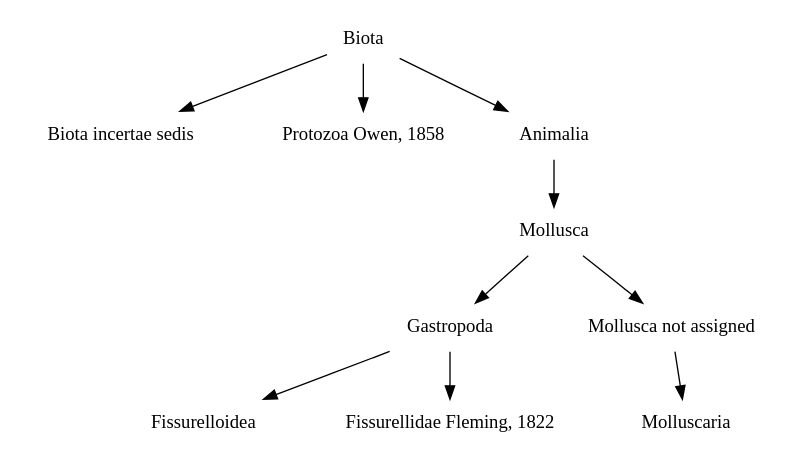
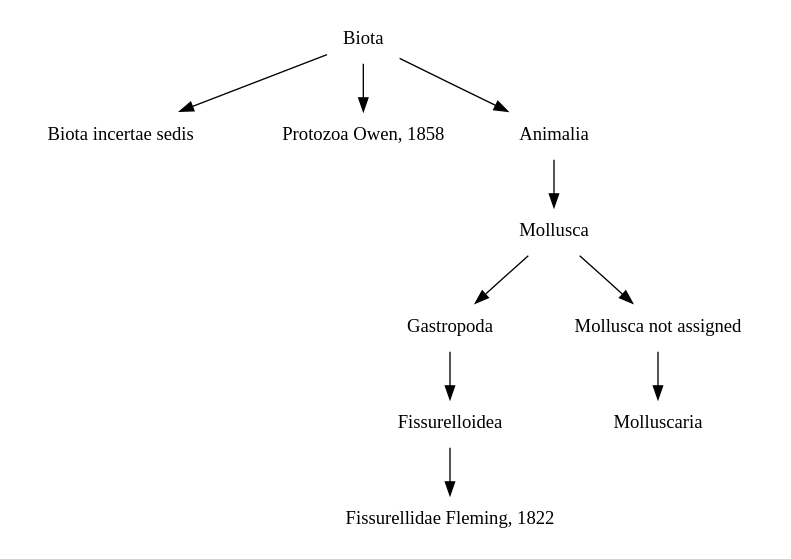
The diagram in colplus-admin/graphs/tree23.dot (CatalogueOfLife/backend), drawn with Graphviz before and after one commit. The commit also changed 46 other files, not shown here.

```diff
--- a/colplus-admin/graphs/tree23.dot
+++ b/colplus-admin/graphs/tree23.dot
@@ -1,23 +1,23 @@
 digraph G {
   node [shape=plaintext]
 
   n0  [label="Biota"]
   n0 -> n3
   n0 -> n2
   n0 -> n1
   n1  [label="Animalia"]
   n1 -> n4
   n4  [label="Mollusca"]
   n4 -> n9
   n4 -> n5
   n9  [label="Gastropoda"]
   n9 -> n8
-  n9 -> n7
   n8  [label="Fissurelloidea"]
+  n8 -> n7
   n7  [label="Fissurellidae Fleming, 1822"]
   n5  [label="Mollusca not assigned"]
   n5 -> n6
   n6  [label="Molluscaria"]
   n3  [label="Biota incertae sedis"]
   n2  [label="Protozoa Owen, 1858"]
 }
```
